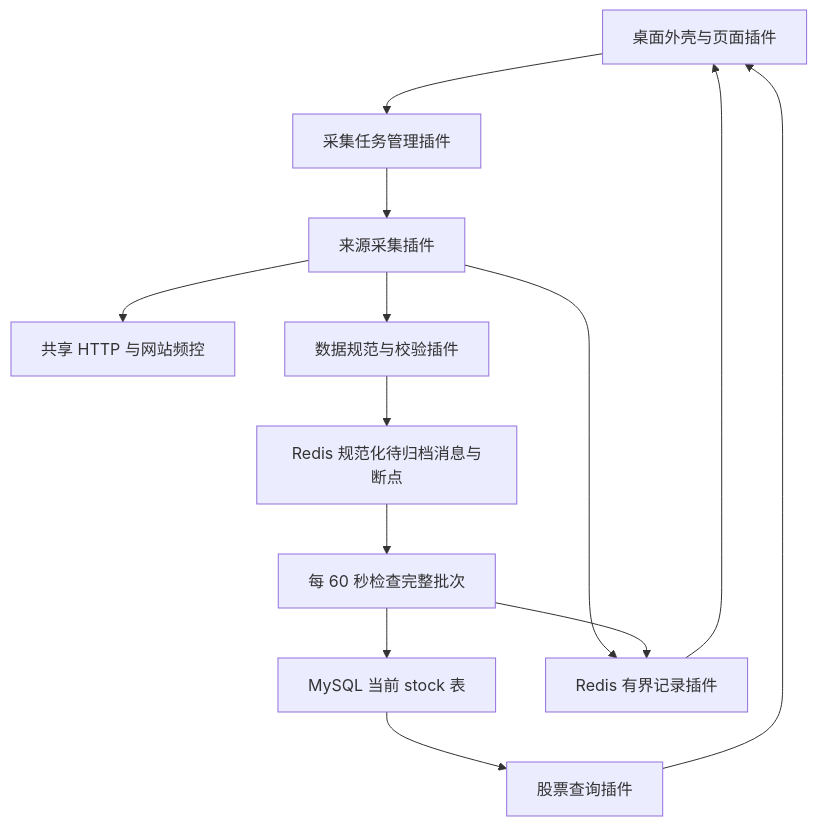
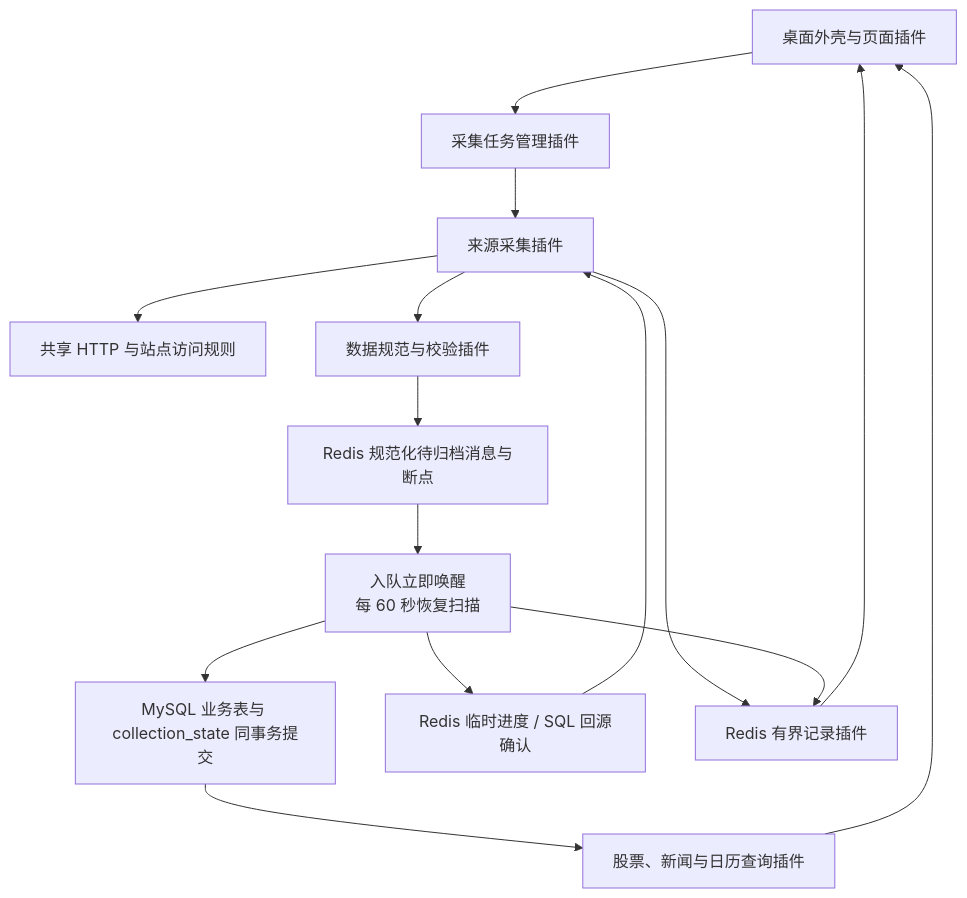
The diagram in docs/architecture.md (xiejiechun/empire), drawn with Mermaid before and after one commit. The commit also changed other lines of this file and 233 other files, not shown here.

````diff
--- a/docs/architecture.md
+++ b/docs/architecture.md
@@ -26,15 +26,17 @@
 ```mermaid
 flowchart TB
     UI[桌面外壳与页面插件] --> CONTROL[采集任务管理插件]
     CONTROL --> SOURCE[来源采集插件]
-    SOURCE --> HTTP[共享 HTTP 与网站频控]
+    SOURCE --> HTTP[共享 HTTP 与站点访问规则]
     SOURCE --> NORMAL[数据规范与校验插件]
     NORMAL --> QUEUE[Redis 规范化待归档消息与断点]
-    QUEUE --> ARCHIVE[每 60 秒检查完整批次]
-    ARCHIVE --> MYSQL[MySQL 当前 stock 表]
-    MYSQL --> QUERY[股票查询插件]
+    QUEUE --> ARCHIVE[入队立即唤醒<br/>每 60 秒恢复扫描]
+    ARCHIVE --> MYSQL[MySQL 业务表与 collection_state 同事务提交]
+    MYSQL --> QUERY[股票、新闻与日历查询插件]
     QUERY --> UI
+    ARCHIVE --> CONFIRM[Redis 临时进度 / SQL 回源确认]
+    CONFIRM --> SOURCE
     SOURCE --> RECORDS[Redis 有界记录插件]
     ARCHIVE --> RECORDS
     RECORDS --> UI
 ```
````
